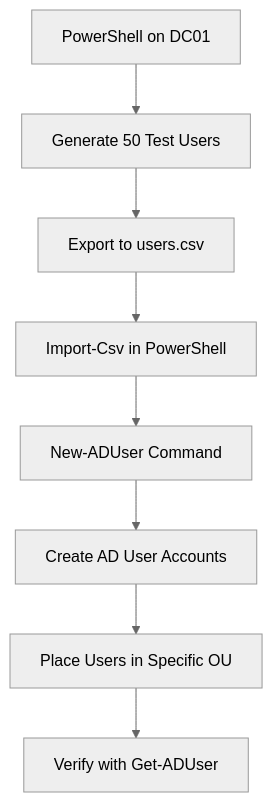
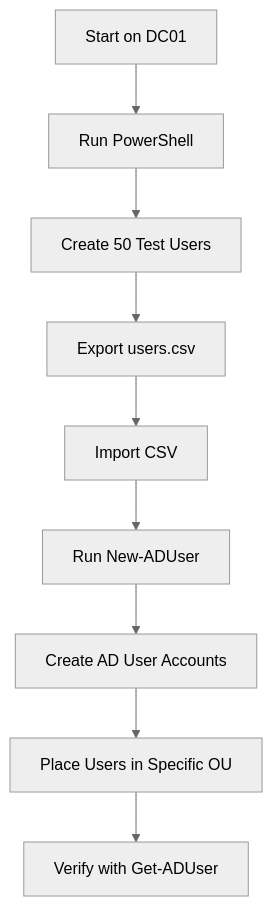
Before and after one commit to waltercalderonwork255-hue/SysAdmin-HomeLab: the second of 10 diagrams in Automation/Diagrams.md, drawn with Mermaid (neutral theme). The commit also changed other lines of this file, not shown here.

````diff
--- a/Automation/Diagrams.md
+++ b/Automation/Diagrams.md
@@ -60,10 +50,11 @@
 ```mermaid
 flowchart TD
-    A[PowerShell on DC01] --> B[Generate 50 Test Users]
-    B --> C[Export to users.csv]
-    C --> D[Import-Csv in PowerShell]
-    D --> E[New-ADUser Command]
-    E --> F[Create AD User Accounts]
-    F --> G[Place Users in Specific OU]
-    G --> H[Verify with Get-ADUser]
+    A["Start on DC01"] --> B["Run PowerShell"]
+    B --> C["Create 50 Test Users"]
+    C --> D["Export users.csv"]
+    D --> E["Import CSV"]
+    E --> F["Run New-ADUser"]
+    F --> G["Create AD User Accounts"]
+    G --> H["Place Users in Specific OU"]
+    H --> I["Verify with Get-ADUser"]
 ```
````
